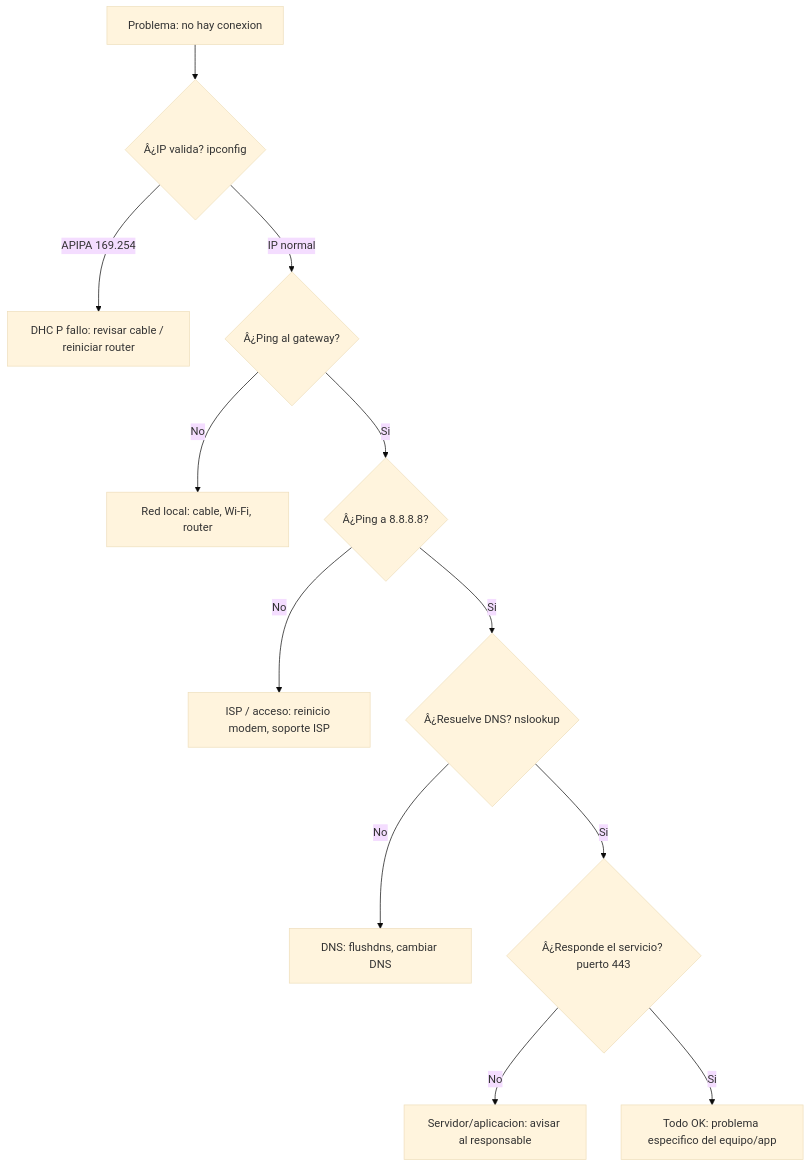
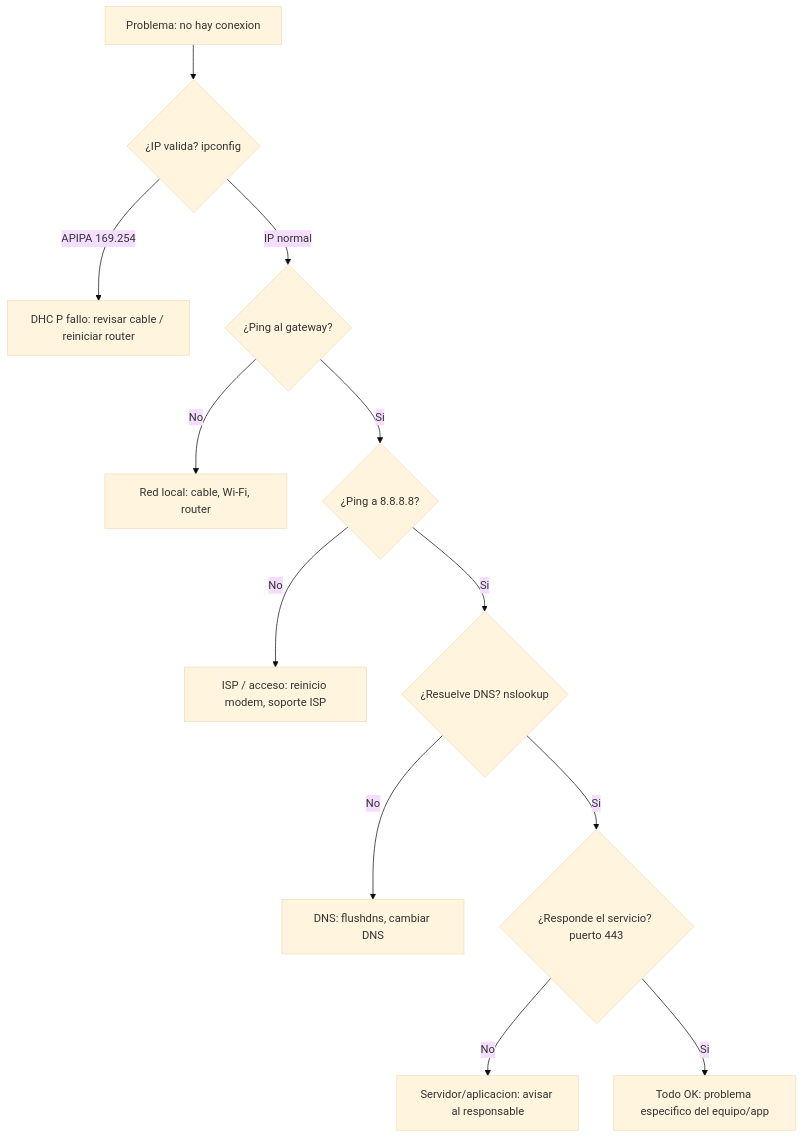
One commit to DiegoAlejandroSaenzFalcon/Soporte-TI-Portafolio changed the diagram in guia-google-it-support/curso-02-redes-de-computadoras/0206-modulo-6-troubleshooting-y-futuro-de-las-redes.md. Above: the diagram before and after it, drawn with Mermaid (base theme). The commit also changed other lines of this file and 5 other files, not shown here.

Commit message:
URGENTE reparacion: encoding UTF-8 de 6 modulos corruptos + referencias de diagramas corregidas

````diff
--- a/guia-google-it-support/curso-02-redes-de-computadoras/0206-modulo-6-troubleshooting-y-futuro-de-las-redes.md
+++ b/guia-google-it-support/curso-02-redes-de-computadoras/0206-modulo-6-troubleshooting-y-futuro-de-las-redes.md
@@ -29,14 +29,14 @@
 ```mermaid
 flowchart TD
-    A[Problema: no hay conexion] --> B{Â¿IP valida? ipconfig}
+    A[Problema: no hay conexion] --> B{¿IP valida? ipconfig}
     B -- APIPA 169.254 --> C[DHC P fallo: revisar cable / reiniciar router]
-    B -- IP normal --> D{Â¿Ping al gateway?}
+    B -- IP normal --> D{¿Ping al gateway?}
     D -- No --> E[Red local: cable, Wi-Fi, router]
-    D -- Si --> F{Â¿Ping a 8.8.8.8?}
+    D -- Si --> F{¿Ping a 8.8.8.8?}
     F -- No --> G[ISP / acceso: reinicio modem, soporte ISP]
-    F -- Si --> H{Â¿Resuelve DNS? nslookup}
+    F -- Si --> H{¿Resuelve DNS? nslookup}
     H -- No --> I[DNS: flushdns, cambiar DNS]
-    H -- Si --> J{Â¿Responde el servicio? puerto 443}
+    H -- Si --> J{¿Responde el servicio? puerto 443}
     J -- No --> K[Servidor/aplicacion: avisar al responsable]
     J -- Si --> L[Todo OK: problema especifico del equipo/app]
 ```
````
